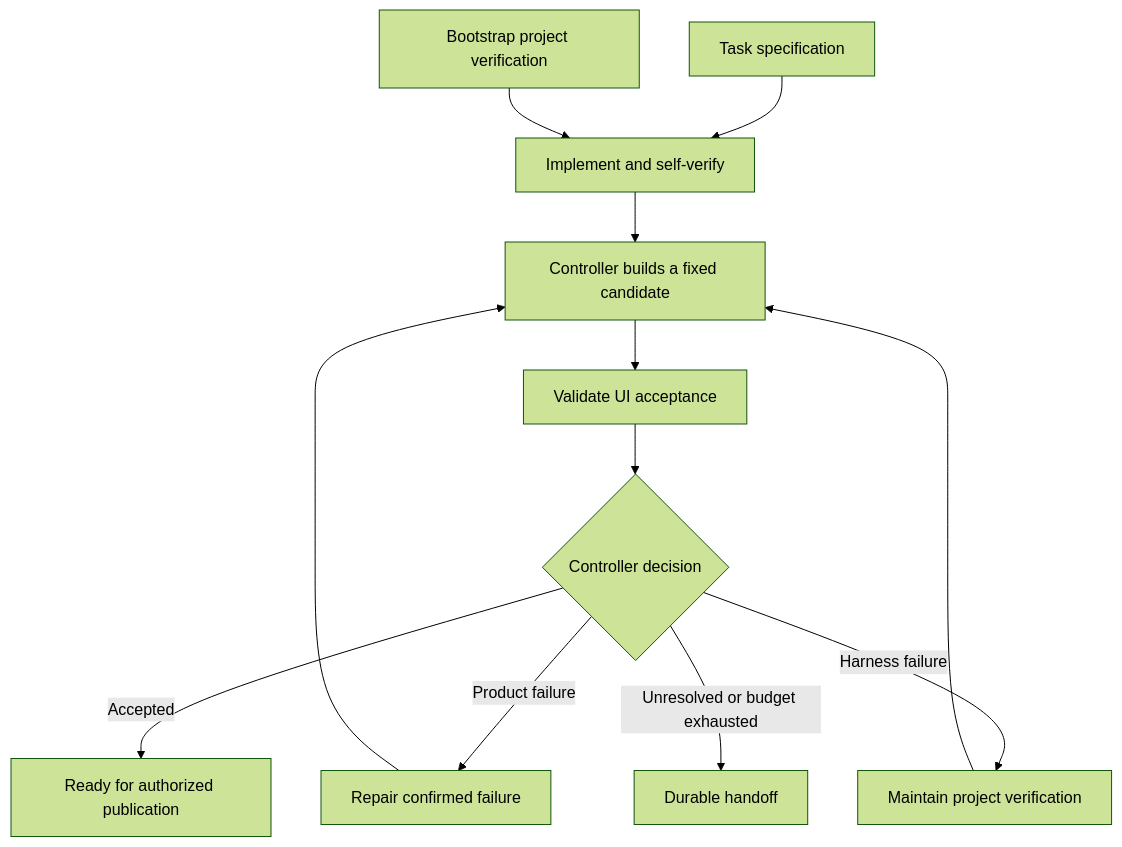
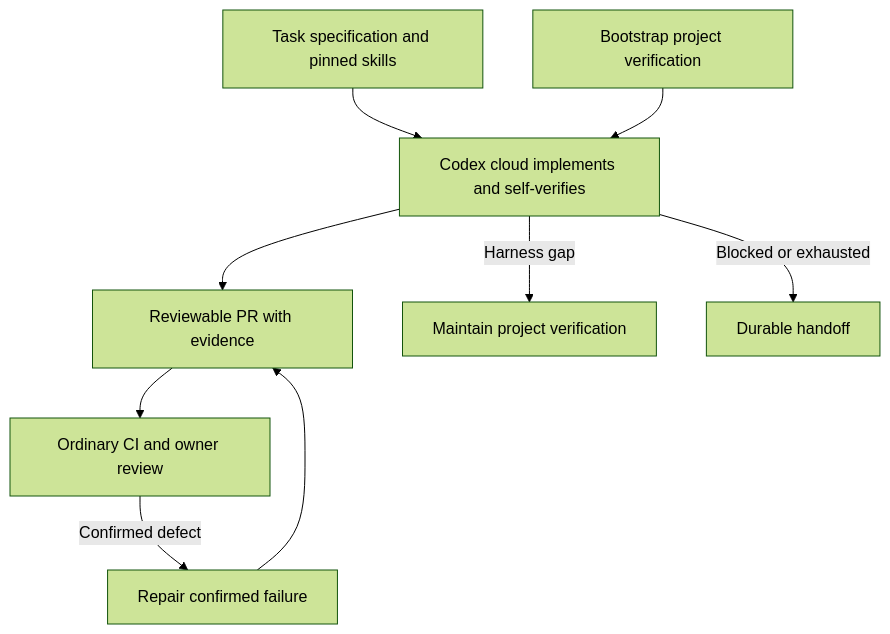
One commit to cmsart/pstack changed the diagram in agent-workflows/README.md. Above: the diagram before and after it, drawn with Mermaid (forest theme). The commit also changed other lines of this file and 8 other files, not shown here.

Commit message:
Make managed Codex self-validation the v1 workflow

````diff
--- a/agent-workflows/README.md
+++ b/agent-workflows/README.md
@@ -24,14 +24,11 @@
 ```mermaid
 flowchart TD
-  A[Task specification] --> B[Implement and self-verify]
+  A[Task specification and pinned skills] --> B[Codex cloud implements and self-verifies]
   P[Bootstrap project verification] --> B
-  B --> C[Controller builds a fixed candidate]
-  C --> D[Validate UI acceptance]
-  D --> E{Controller decision}
-  E -->|Accepted| F[Ready for authorized publication]
-  E -->|Product failure| G[Repair confirmed failure]
+  B --> C[Reviewable PR with evidence]
+  C --> D[Ordinary CI and owner review]
+  D -->|Confirmed defect| G[Repair confirmed failure]
   G --> C
-  E -->|Harness failure| H[Maintain project verification]
-  H --> C
-  E -->|Unresolved or budget exhausted| I[Durable handoff]
+  B -->|Harness gap| H[Maintain project verification]
+  B -->|Blocked or exhausted| I[Durable handoff]
 ```
````
